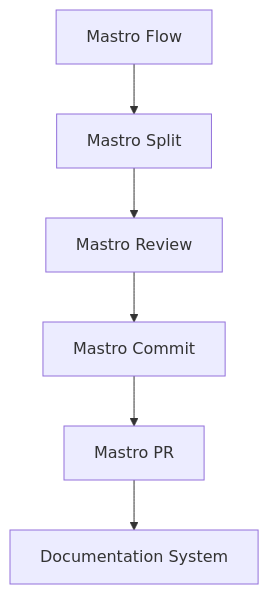
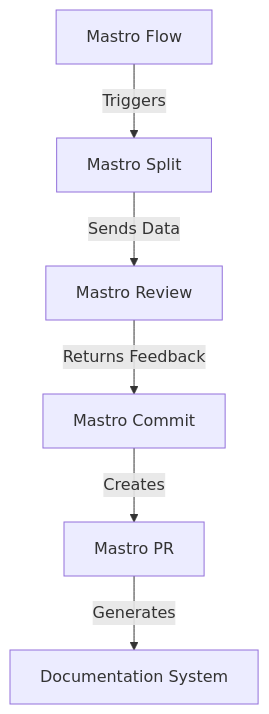
One commit to geogoesbeepboop/refiner changed the first of 3 diagrams in docs/architecture.md. Above: the diagram before and after it, drawn with Mermaid. The commit also changed other lines of this file and 9 other files, not shown here.

````diff
--- a/docs/architecture.md
+++ b/docs/architecture.md
@@ -38,8 +30,8 @@
 ```mermaid
 graph TD;
-    A[Mastro Flow] --> B[Mastro Split];
-    B --> C[Mastro Review];
-    C --> D[Mastro Commit];
-    D --> E[Mastro PR];
-    E --> F[Documentation System];
+    A[Mastro Flow] -->|Triggers| B[Mastro Split];
+    B -->|Sends Data| C[Mastro Review];
+    C -->|Returns Feedback| D[Mastro Commit];
+    D -->|Creates| E[Mastro PR];
+    E -->|Generates| F[Documentation System];
 ```
````
